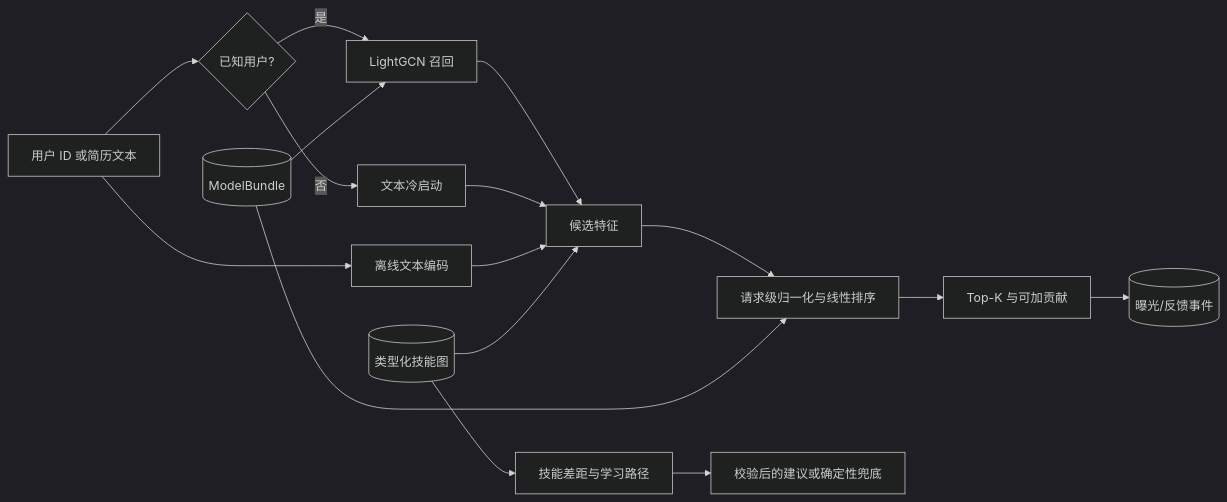
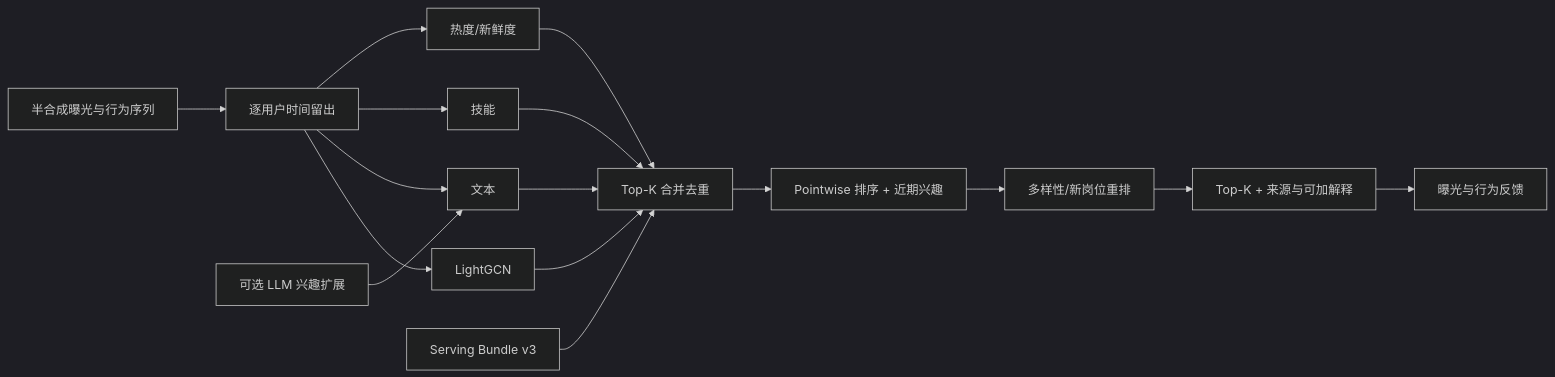
Before and after one commit to Nocturne228/Job_rec_sys_base_KG: the diagram in README.md, drawn with Mermaid (dark theme). The commit also changed other lines of this file and 96 other files, not shown here.

````diff
--- a/README.md
+++ b/README.md
@@ -35,18 +13,18 @@
 ```mermaid
 flowchart LR
-  A["用户 ID 或简历文本"] --> B{"已知用户?"}
-  B -->|是| C["LightGCN 召回"]
-  B -->|否| D["文本冷启动"]
-  A --> E["离线文本编码"]
-  C --> F["候选特征"]
-  D --> F
-  E --> F
-  G[("类型化技能图")] --> F
-  F --> H["请求级归一化与线性排序"]
-  H --> I["Top-K 与可加贡献"]
-  G --> J["技能差距与学习路径"]
-  J --> K["校验后的建议或确定性兜底"]
-  I --> L[("曝光/反馈事件")]
-  M[("ModelBundle")] --> C
-  M --> H
+  A["半合成曝光与行为序列"] --> B["逐用户时间留出"]
+  B --> C1["LightGCN"]
+  B --> C2["文本"]
+  B --> C3["技能"]
+  B --> C4["热度/新鲜度"]
+  C1 --> D["Top-K 合并去重"]
+  C2 --> D
+  C3 --> D
+  C4 --> D
+  D --> E["Pointwise 排序 + 近期兴趣"]
+  E --> F["多样性/新岗位重排"]
+  F --> G["Top-K + 来源与可加解释"]
+  G --> H["曝光与行为反馈"]
+  I["可选 LLM 兴趣扩展"] --> C2
+  J["Serving Bundle v3"] --> D
 ```
````
